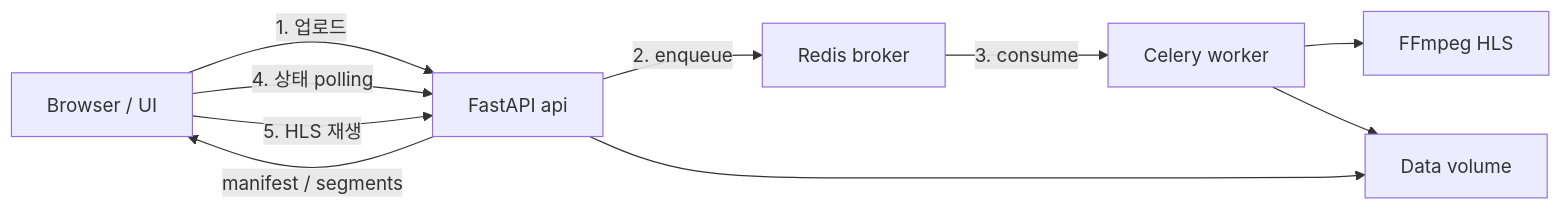
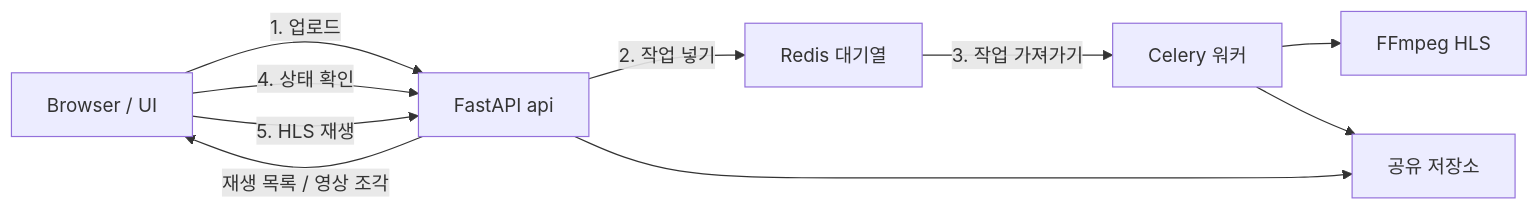
One commit to DSeung001/presentation-md changed the first of 2 diagrams in content/2026-07-20-pycon-fastapi-celery/index.md. Above: the diagram before and after it, drawn with Mermaid. The commit also changed other lines of this file, not shown here.

````diff
--- a/content/2026-07-20-pycon-fastapi-celery/index.md
+++ b/content/2026-07-20-pycon-fastapi-celery/index.md
@@ -76,19 +77,19 @@
 ```mermaid
 flowchart LR
     Browser["Browser / UI"]
     FastAPI["FastAPI api"]
-    Redis["Redis broker"]
-    Celery["Celery worker"]
+    Redis["Redis 대기열"]
+    Celery["Celery 워커"]
     FFmpeg["FFmpeg HLS"]
-    Data["Data volume"]
+    Data["공유 저장소"]
 
     Browser -->|"1. 업로드"| FastAPI
-    FastAPI -->|"2. enqueue"| Redis
-    Redis -->|"3. consume"| Celery
+    FastAPI -->|"2. 작업 넣기"| Redis
+    Redis -->|"3. 작업 가져가기"| Celery
     Celery --> FFmpeg
     FastAPI --> Data
     Celery --> Data
-    Browser -->|"4. 상태 polling"| FastAPI
+    Browser -->|"4. 상태 확인"| FastAPI
     Browser -->|"5. HLS 재생"| FastAPI
-    FastAPI -->|"manifest / segments"| Browser
+    FastAPI -->|"재생 목록 / 영상 조각"| Browser
 ```
````
